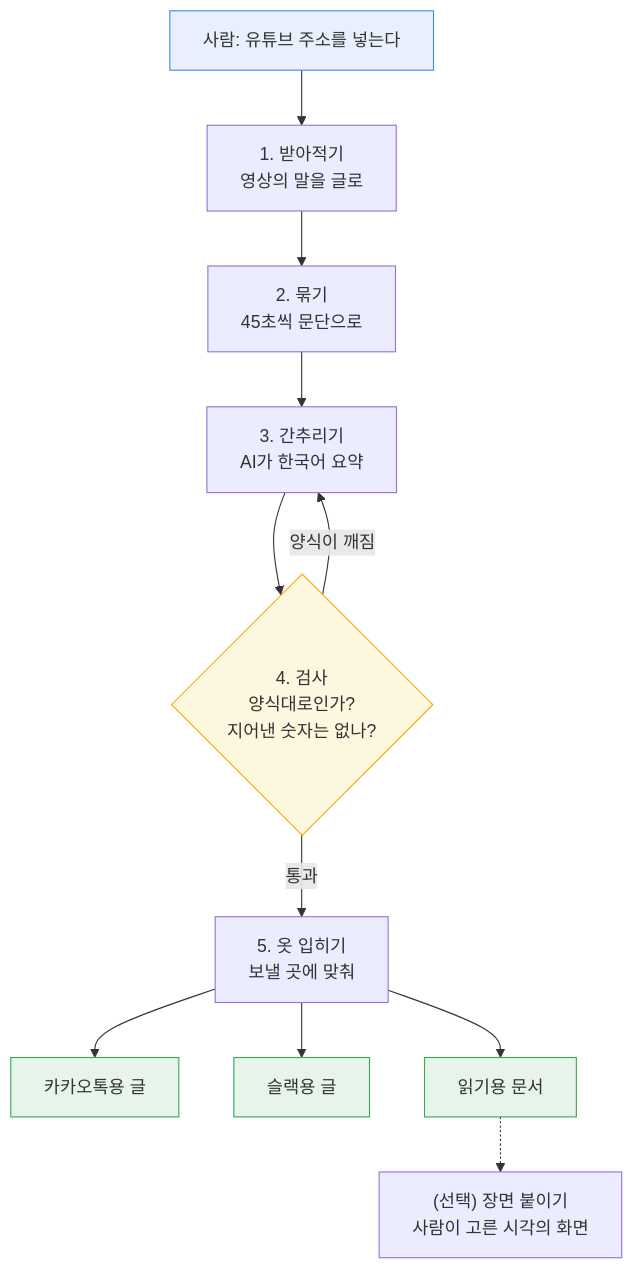
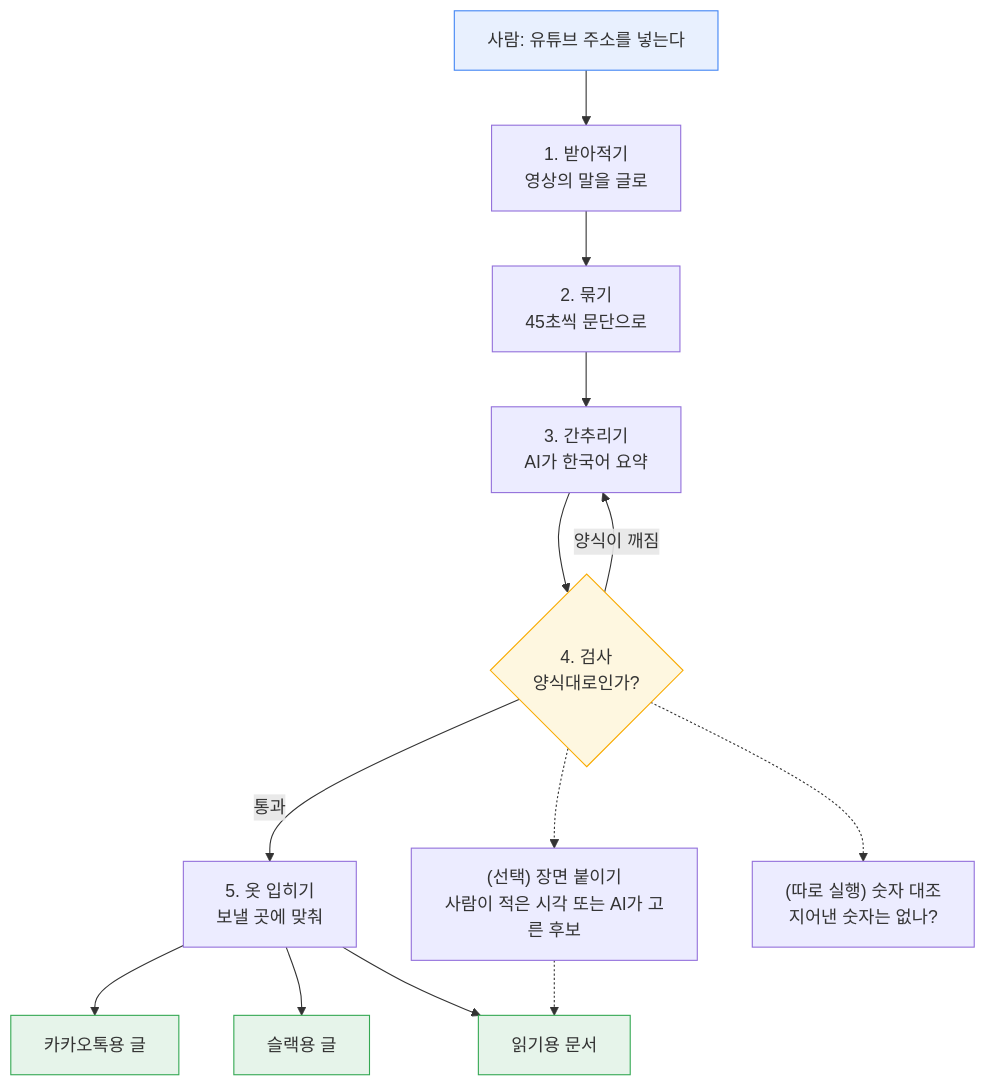
Before and after one commit to junh0328/youtube-transcript-extractor: the first of 4 diagrams in architecture.md, drawn with Mermaid. The commit also changed other lines of this file and 14 other files, not shown here.

````diff
--- a/architecture.md
+++ b/architecture.md
@@ -19,19 +15,21 @@
 ```mermaid
 flowchart TD
     A["사람: 유튜브 주소를 넣는다"] --> B["1. 받아적기<br/>영상의 말을 글로"]
     B --> C["2. 묶기<br/>45초씩 문단으로"]
     C --> D["3. 간추리기<br/>AI가 한국어 요약"]
-    D --> E{"4. 검사<br/>양식대로인가?<br/>지어낸 숫자는 없나?"}
+    D --> E{"4. 검사<br/>양식대로인가?"}
     E -->|"양식이 깨짐"| D
     E -->|"통과"| F["5. 옷 입히기<br/>보낼 곳에 맞춰"]
+    E -.-> H["(선택) 장면 붙이기<br/>사람이 적은 시각 또는 AI가 고른 후보"]
+    H -.-> G3
+    E -.-> K["(따로 실행) 숫자 대조<br/>지어낸 숫자는 없나?"]
     F --> G1["카카오톡용 글"]
     F --> G2["슬랙용 글"]
     F --> G3["읽기용 문서"]
-    G3 -.-> H["(선택) 장면 붙이기<br/>사람이 고른 시각의 화면"]
 
     style A fill:#e8f0fe,stroke:#4285f4
     style E fill:#fef7e0,stroke:#f9ab00
     style G1 fill:#e6f4ea,stroke:#34a853
     style G2 fill:#e6f4ea,stroke:#34a853
     style G3 fill:#e6f4ea,stroke:#34a853
 ```
````
